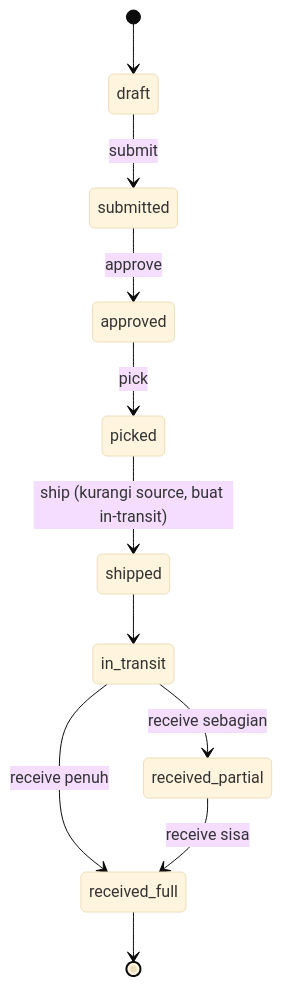
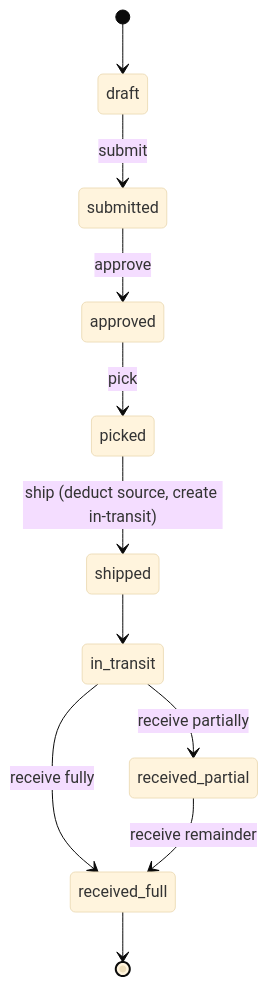
One commit to ahliweb/awcms changed the third of 5 diagrams in docs/awcms/08_sop_operasional_user_guide.md. Above: the diagram before and after it, drawn with Mermaid (base theme). The commit also changed other lines of this file and 603 other files, not shown here.

````diff
--- a/docs/awcms/08_sop_operasional_user_guide.md
+++ b/docs/awcms/08_sop_operasional_user_guide.md
@@ -322,13 +324,13 @@
 ```mermaid
 stateDiagram-v2
   [*] --> draft
   draft --> submitted: submit
   submitted --> approved: approve
   approved --> picked: pick
-  picked --> shipped: ship (kurangi source, buat in-transit)
+  picked --> shipped: ship (deduct source, create in-transit)
   shipped --> in_transit
-  in_transit --> received_partial: receive sebagian
-  in_transit --> received_full: receive penuh
-  received_partial --> received_full: receive sisa
+  in_transit --> received_partial: receive partially
+  in_transit --> received_full: receive fully
+  received_partial --> received_full: receive remainder
   received_full --> [*]
 ```
````
